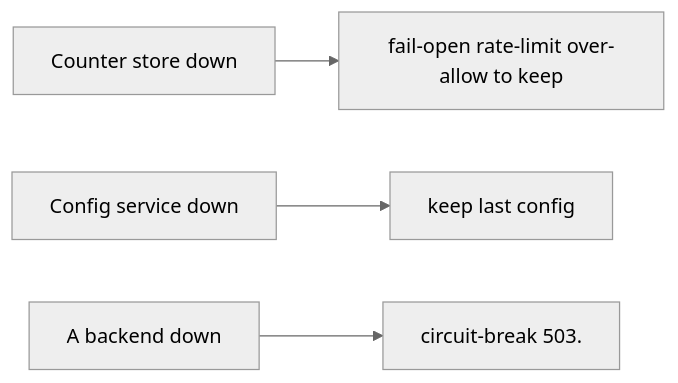
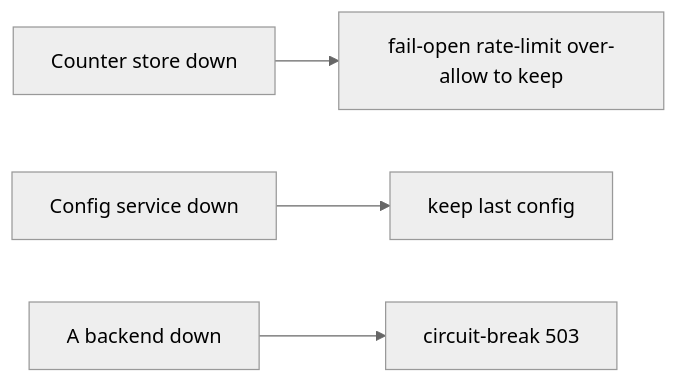
Before and after one commit to RIT-MESH/system-design-mastery: the third of 3 diagrams in case-studies/advanced/api-gateway-system.md, drawn with Mermaid (neutral theme). The commit also changed other lines of this file and 215 other files, not shown here.

First line of the commit message:
Complete all remaining work: expand case studies, add 13 AI case studies, fix diagrams, status to Complete

````diff
--- a/case-studies/advanced/api-gateway-system.md
+++ b/case-studies/advanced/api-gateway-system.md
@@ -139,13 +172,13 @@
 ```mermaid
 %% created-for: system-design-mastery
 flowchart LR
   C1["Counter store down"]
   R2["fail-open rate-limit over-allow to keep"]
   C1 --> R2
   C3["Config service down"]
   R4["keep last config"]
   C3 --> R4
   C5["A backend down"]
-  R6["circuit-break 503."]
+  R6["circuit-break 503"]
   C5 --> R6
 ```
````
